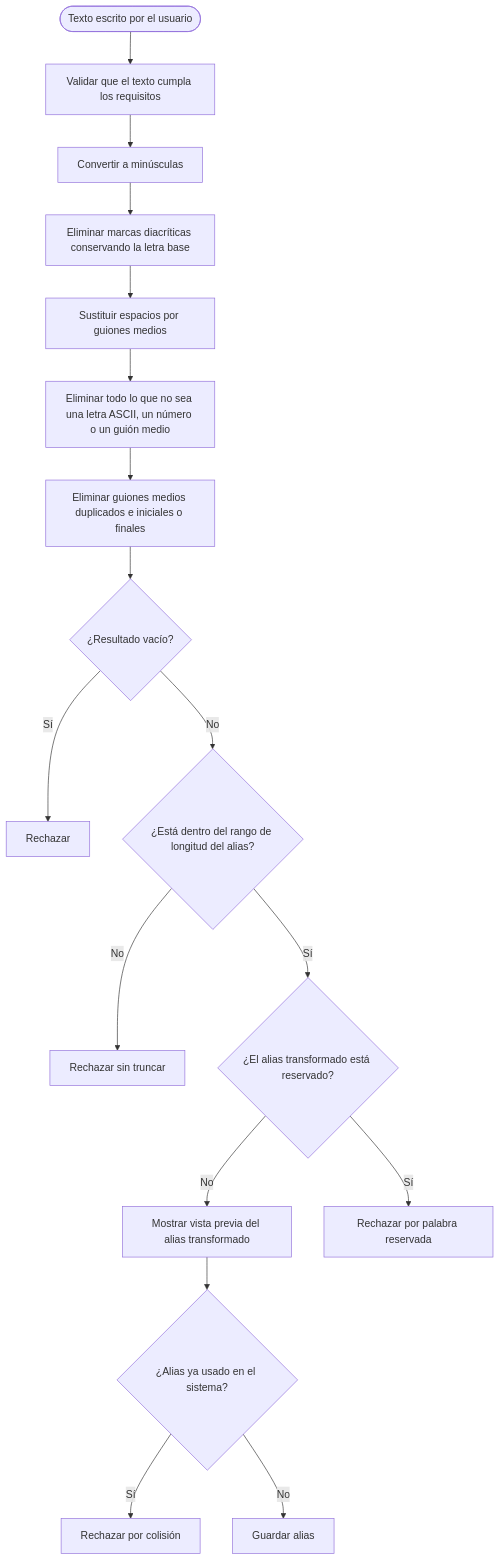
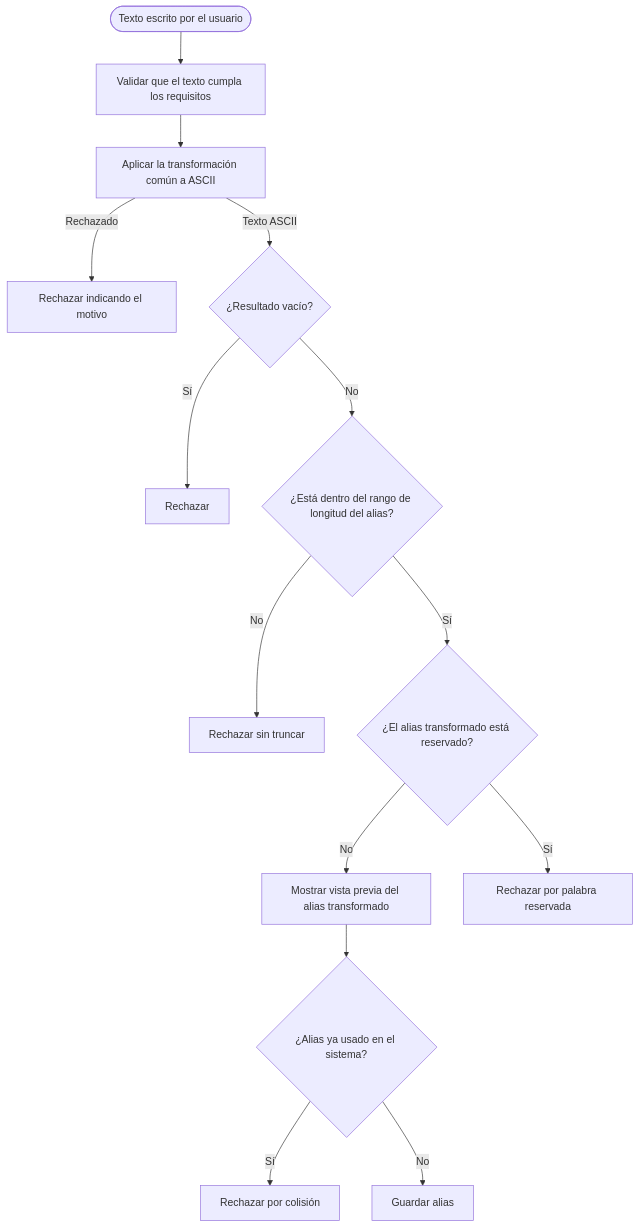
The diagram in context/diagrams/process-alias.md (DaveSoftDev/Linkubator), drawn with Mermaid before and after one commit. The commit also changed other lines of this file and 7 other files, not shown here.

````diff
--- a/context/diagrams/process-alias.md
+++ b/context/diagrams/process-alias.md
@@ -5,30 +5,29 @@
 ```mermaid
 flowchart TD
     start([Texto escrito por el usuario])
     input[Validar que el texto cumpla los requisitos]
-    lowercase[Convertir a minúsculas]
-    diacritics[Eliminar marcas diacríticas conservando la letra base]
-    spaces[Sustituir espacios por guiones medios]
-    allowed[Eliminar todo lo que no sea una letra ASCII, un número o un guión medio]
-    hyphens[Eliminar guiones medios duplicados e iniciales o finales]
+    transform[Aplicar la transformación común a ASCII]
+    rejectTransform[Rechazar indicando el motivo]
     empty{¿Resultado vacío?}
     rejectEmpty[Rechazar]
     range{¿Está dentro del rango de longitud del alias?}
     rejectRange[Rechazar sin truncar]
     preview[Mostrar vista previa del alias transformado]
     reserved{¿El alias transformado está reservado?}
     rejectReserved[Rechazar por palabra reservada]
     collision{¿Alias ya usado en el sistema?}
     rejectCollision[Rechazar por colisión]
     saveAlias[Guardar alias]
 
-    start --> input --> lowercase --> diacritics --> spaces --> allowed --> hyphens --> empty
+    start --> input --> transform
+    transform -->|Rechazado| rejectTransform
+    transform -->|Texto ASCII| empty
     empty -->|Sí| rejectEmpty
     empty -->|No| range
     range -->|No| rejectRange
     range -->|Sí| reserved
     reserved -->|Sí| rejectReserved
     reserved -->|No| preview --> collision
     collision -->|Sí| rejectCollision
     collision -->|No| saveAlias
 ```
````
